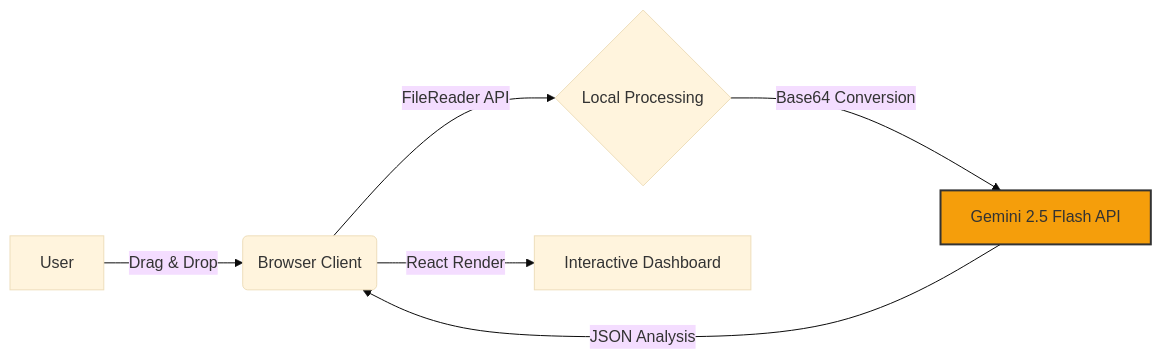
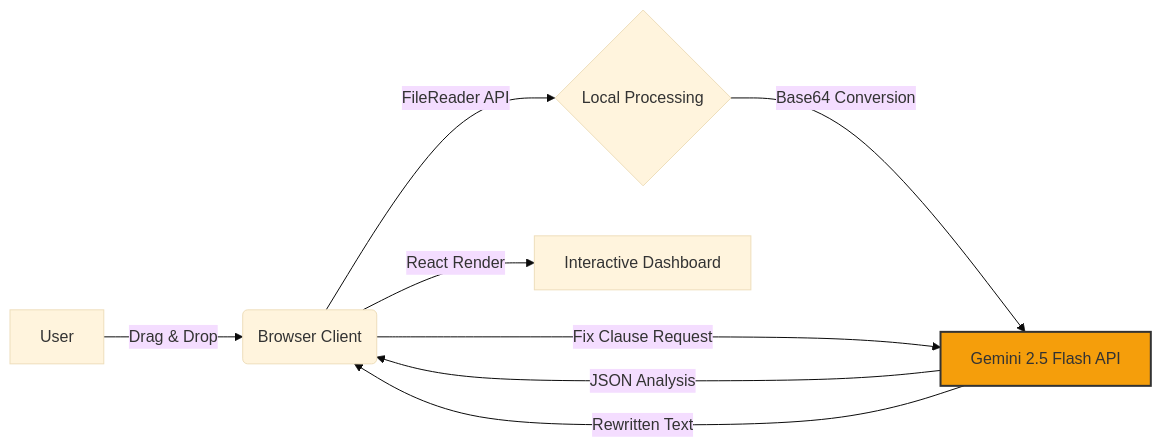
One commit to alenjofi/contract-audit changed the diagram in README.md. Above: the diagram before and after it, drawn with Mermaid (base theme). The commit also changed other lines of this file, not shown here.

````diff
--- a/README.md
+++ b/README.md
@@ -46,9 +36,11 @@
 ```mermaid
 graph LR
     A[User] -- Drag & Drop --> B(Browser Client)
     B -- FileReader API --> C{Local Processing}
     C -- Base64 Conversion --> D[Gemini 2.5 Flash API]
     D -- JSON Analysis --> B
+    B -- "Fix Clause" Request --> D
+    D -- Rewritten Text --> B
     B -- React Render --> E[Interactive Dashboard]
     style D fill:#f59e0b,stroke:#333,stroke-width:2px
 ```
````
